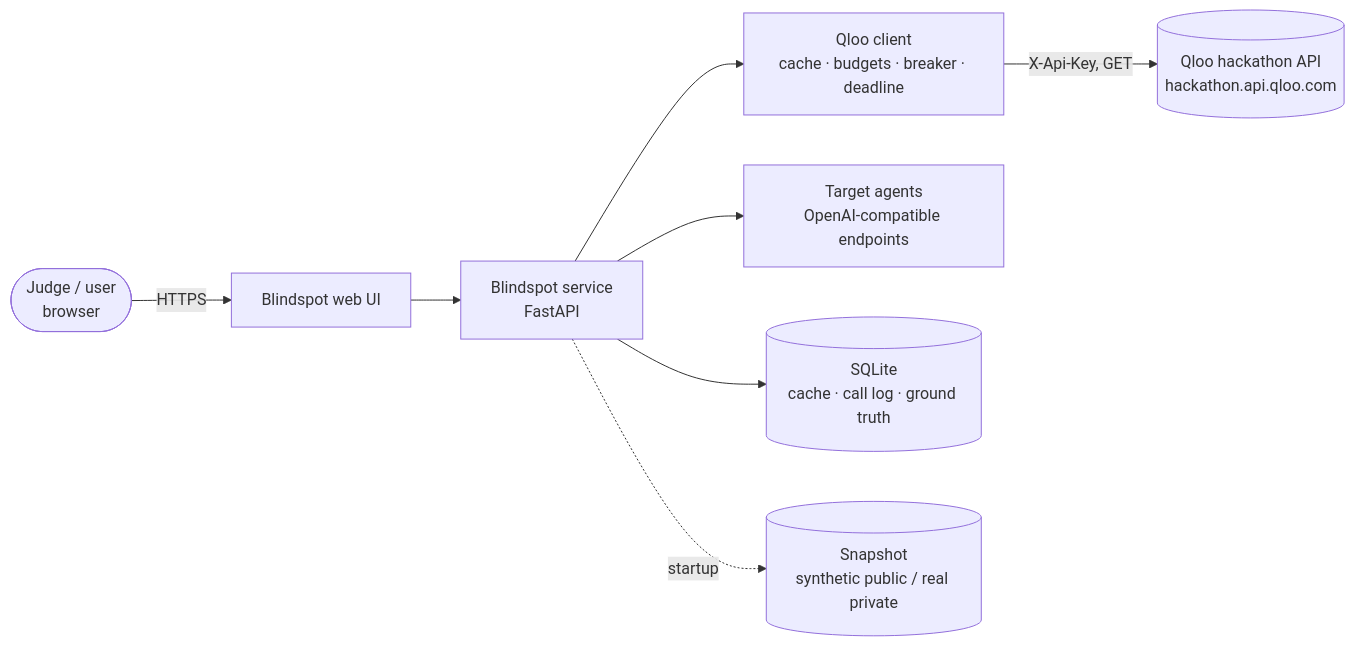
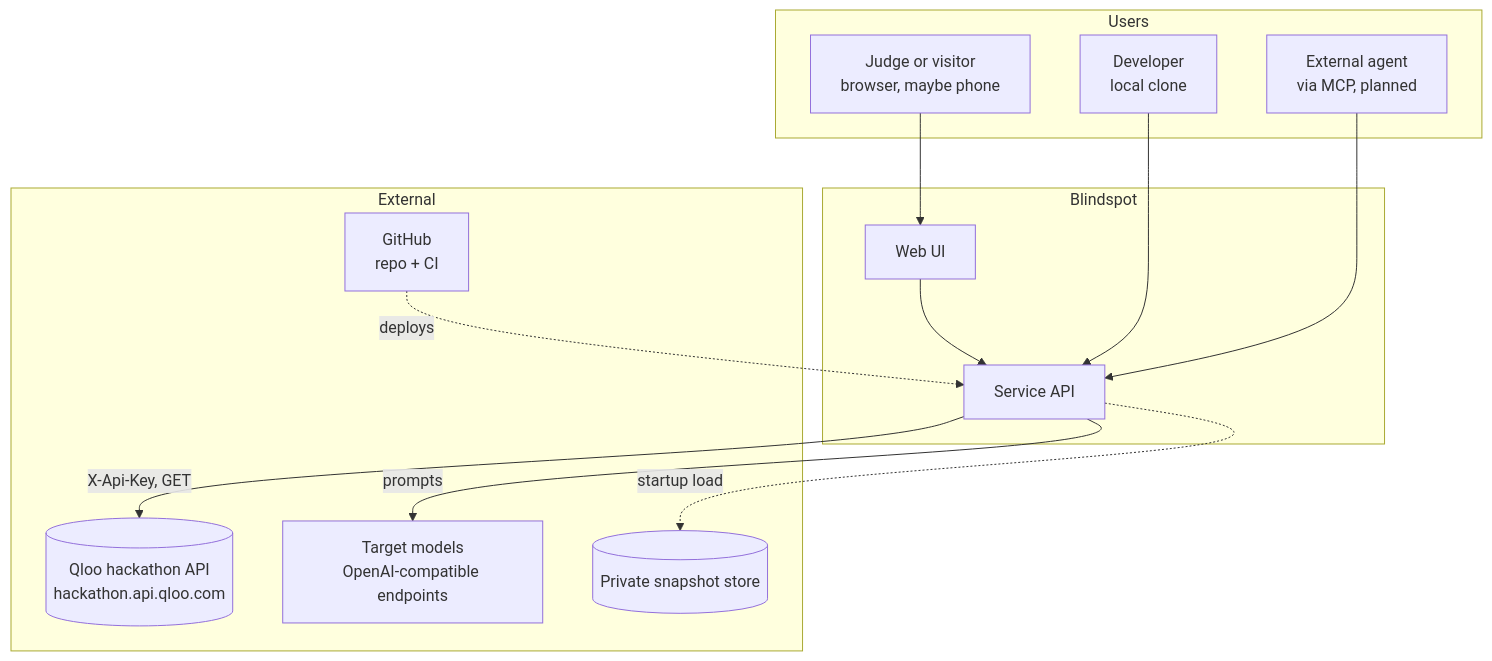
The second of 16 diagrams in docs/architecture.md (nexuszephyr/Blindspot), drawn with Mermaid before and after one commit. The commit also changed other lines of this file and 4 other files, not shown here.

First line of the commit message:
docs: detailed architecture, phase goals, use/avoid references, expanded AGENTS.md

````diff
--- a/docs/architecture.md
+++ b/docs/architecture.md
@@ -20,10 +98,25 @@
 ```mermaid
-flowchart LR
-    Judge([Judge / user<br/>browser]) -->|HTTPS| Web[Blindspot web UI]
-    Web --> API[Blindspot service<br/>FastAPI]
-    API --> Client[Qloo client<br/>cache · budgets · breaker · deadline]
-    Client -->|X-Api-Key, GET| Qloo[(Qloo hackathon API<br/>hackathon.api.qloo.com)]
-    API --> Target[Target agents<br/>OpenAI-compatible endpoints]
-    API --> Store[(SQLite<br/>cache · call log · ground truth)]
-    API -.startup.-> Snap[(Snapshot<br/>synthetic public / real private)]
+flowchart TB
+    subgraph Users
+        J["Judge or visitor<br/>browser, maybe phone"]
+        Dev["Developer<br/>local clone"]
+        Ext["External agent<br/>via MCP, planned"]
+    end
+    subgraph Blindspot
+        W["Web UI"]
+        API["Service API"]
+    end
+    subgraph External
+        Q[("Qloo hackathon API<br/>hackathon.api.qloo.com")]
+        LLM["Target models<br/>OpenAI-compatible endpoints"]
+        PS[("Private snapshot store")]
+        GH["GitHub<br/>repo + CI"]
+    end
+    J --> W --> API
+    Dev --> API
+    Ext --> API
+    API -- "X-Api-Key, GET" --> Q
+    API -- "prompts" --> LLM
+    API -. "startup load" .-> PS
+    GH -. "deploys" .-> API
 ```
````
